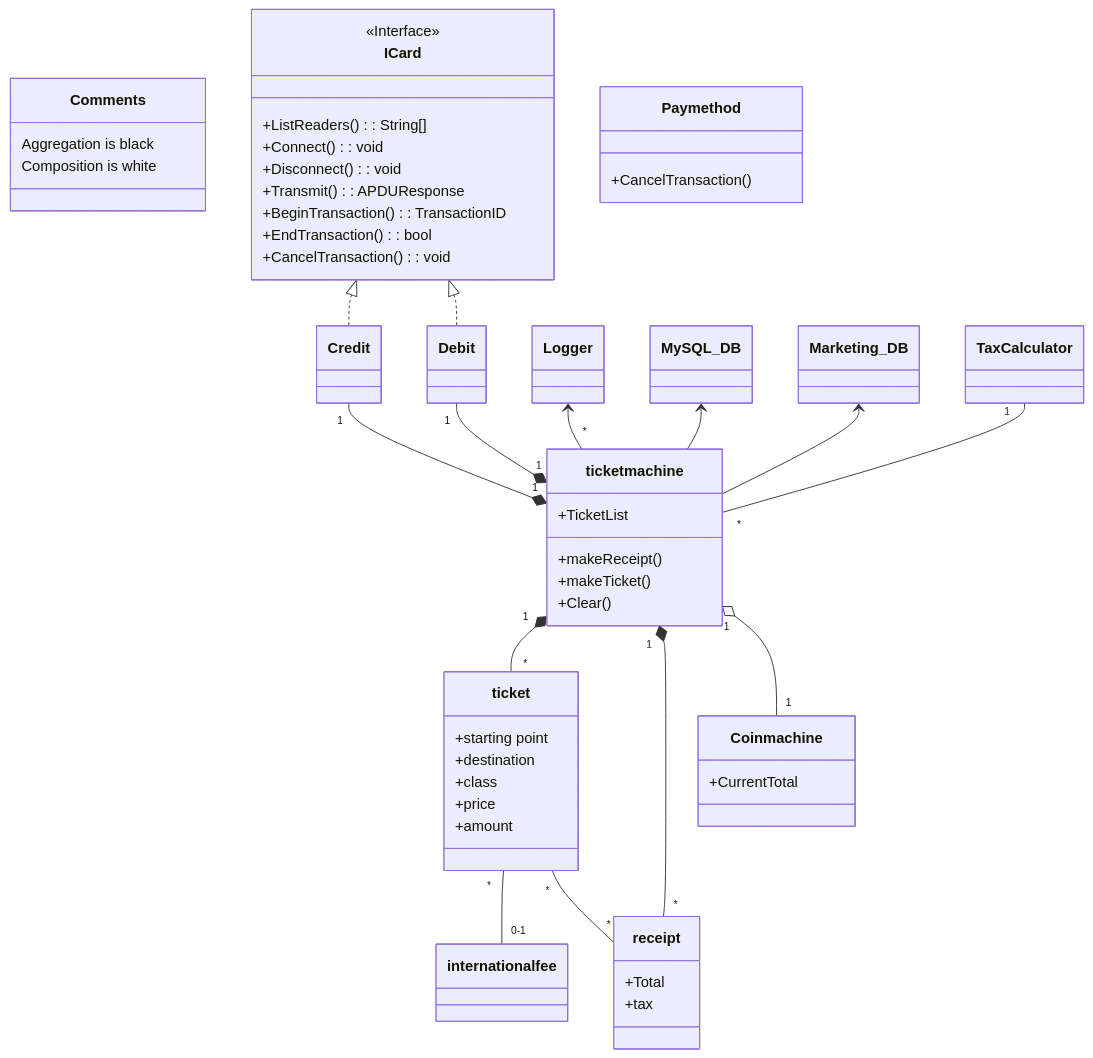
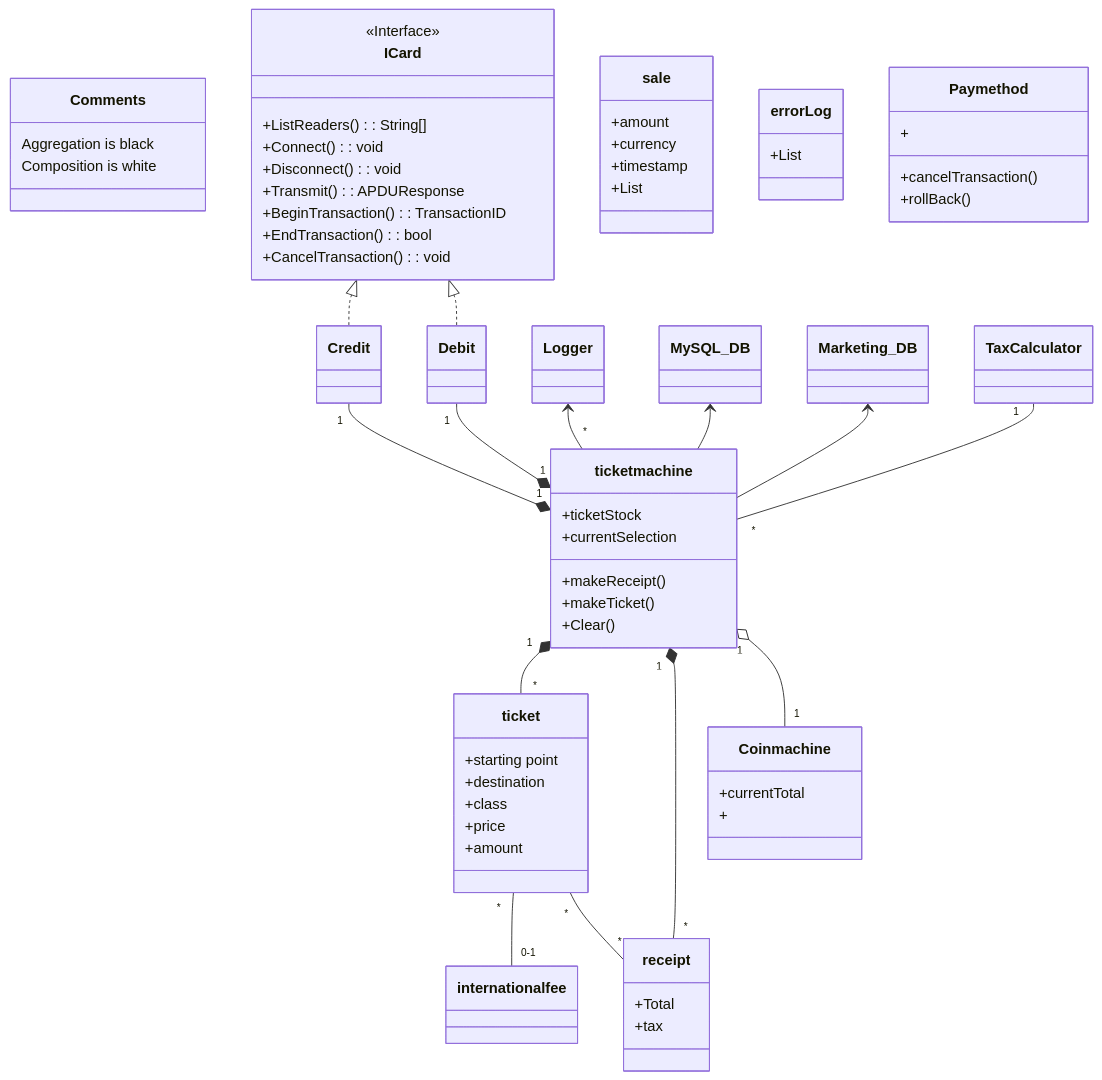
The diagram in Classes.md (ThannerJonna/MSO23_G19), drawn with Mermaid before and after one commit.

Commit message:
classes aangepast

```diff
--- a/Classes.md
+++ b/Classes.md
@@ -21,12 +21,27 @@
 ICard <|.. Credit
 ICard <|.. Debit
 
+class sale{
+    +amount
+    +currency
+    +timestamp
+    +List<Tickets>
+}
+
+class errorLog{
+    +List<Log>
+}
+
+
+
 class ticketmachine{
+    +ticketStock
     +makeReceipt()
     +makeTicket()
-    +TicketList
+    +currentSelection<ticket>
     +Clear()
 }
+
 
 class ticket{
     +starting point
@@ -37,11 +52,15 @@
 }
 
 class Paymethod{
-    +CancelTransaction()
+    +cancelTransaction()
+    +rollBack()
+    +
 }
 
 class Coinmachine{
-    +CurrentTotal
+    +currentTotal
+    +
+
 }
 
 class receipt{
```
